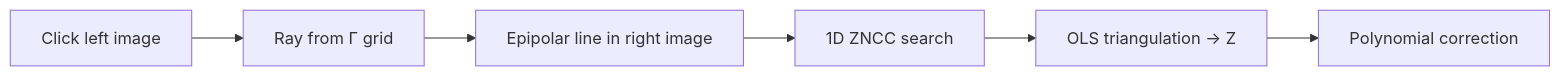
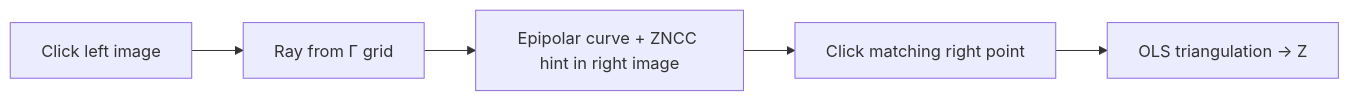
Before and after one commit to GEV44/stereo-distance-calculator: the diagram in README.md, drawn with Mermaid. The commit also changed other lines of this file and 2 other files, not shown here.

````diff
--- a/README.md
+++ b/README.md
@@ -27,8 +26,7 @@
 ```mermaid
 flowchart LR
     A[Click left image] --> B[Ray from Γ grid]
-    B --> C[Epipolar line in right image]
-    C --> D[1D ZNCC search]
+    B --> C[Epipolar curve + ZNCC hint in right image]
+    C --> D[Click matching right point]
     D --> E[OLS triangulation → Z]
-    E --> F[Polynomial correction]
 ```
````
